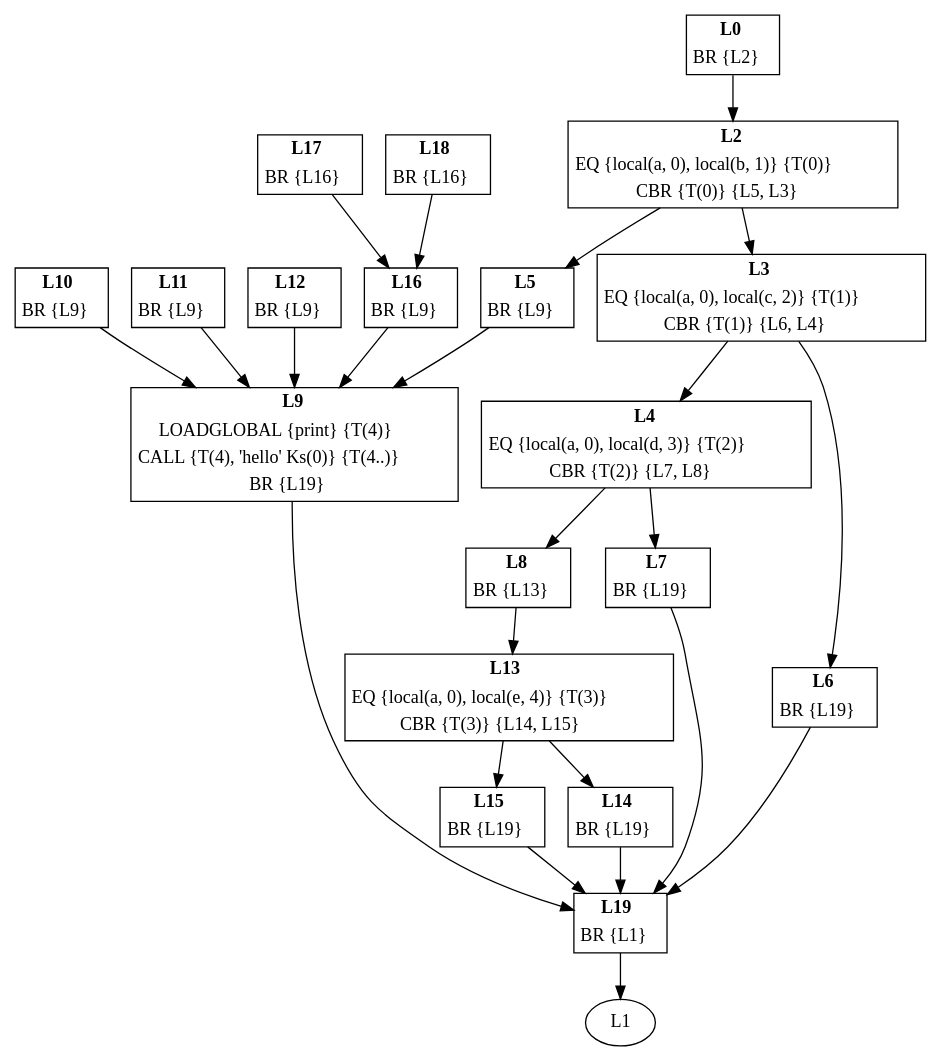
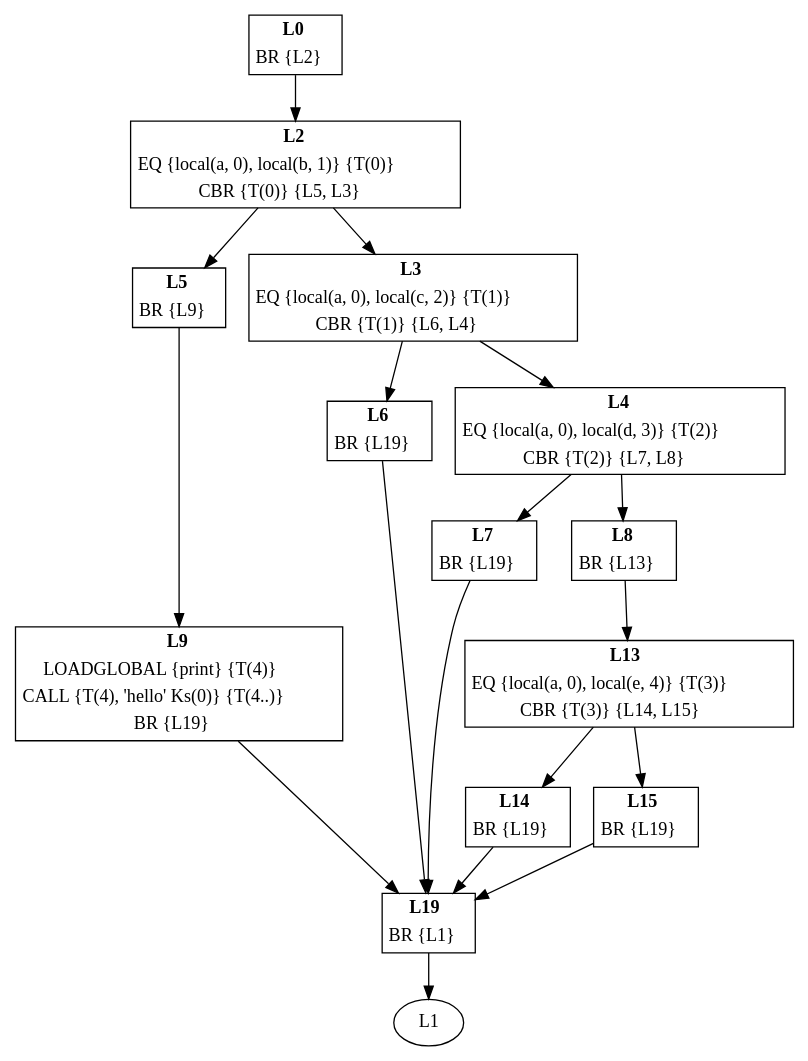
The diagram in docs/cfg/if4-goto.gv (dibyendumajumdar/ravi-compiler), drawn with Graphviz before and after one commit. The commit also changed 11 other files, not shown here.

```diff
--- a/docs/cfg/if4-goto.gv
+++ b/docs/cfg/if4-goto.gv
@@ -1,107 +1,77 @@
 digraph Proc1 {
 L0 [shape=none, margin=0, label=<<TABLE BORDER="1" CELLBORDER="0">
 <TR><TD><B>L0</B></TD></TR>
 <TR><TD>BR {L2}</TD></TR>
 </TABLE>>];
 L0 -> L2
 L2 [shape=none, margin=0, label=<<TABLE BORDER="1" CELLBORDER="0">
 <TR><TD><B>L2</B></TD></TR>
 <TR><TD>EQ {local(a, 0), local(b, 1)} {T(0)}</TD></TR>
 <TR><TD>CBR {T(0)} {L5, L3}</TD></TR>
 </TABLE>>];
 L2 -> L5
 L2 -> L3
 L3 [shape=none, margin=0, label=<<TABLE BORDER="1" CELLBORDER="0">
 <TR><TD><B>L3</B></TD></TR>
 <TR><TD>EQ {local(a, 0), local(c, 2)} {T(1)}</TD></TR>
 <TR><TD>CBR {T(1)} {L6, L4}</TD></TR>
 </TABLE>>];
 L3 -> L6
 L3 -> L4
 L4 [shape=none, margin=0, label=<<TABLE BORDER="1" CELLBORDER="0">
 <TR><TD><B>L4</B></TD></TR>
 <TR><TD>EQ {local(a, 0), local(d, 3)} {T(2)}</TD></TR>
 <TR><TD>CBR {T(2)} {L7, L8}</TD></TR>
 </TABLE>>];
 L4 -> L7
 L4 -> L8
 L5 [shape=none, margin=0, label=<<TABLE BORDER="1" CELLBORDER="0">
 <TR><TD><B>L5</B></TD></TR>
 <TR><TD>BR {L9}</TD></TR>
 </TABLE>>];
 L5 -> L9
 L6 [shape=none, margin=0, label=<<TABLE BORDER="1" CELLBORDER="0">
 <TR><TD><B>L6</B></TD></TR>
 <TR><TD>BR {L19}</TD></TR>
 </TABLE>>];
 L6 -> L19
 L7 [shape=none, margin=0, label=<<TABLE BORDER="1" CELLBORDER="0">
 <TR><TD><B>L7</B></TD></TR>
 <TR><TD>BR {L19}</TD></TR>
 </TABLE>>];
 L7 -> L19
 L8 [shape=none, margin=0, label=<<TABLE BORDER="1" CELLBORDER="0">
 <TR><TD><B>L8</B></TD></TR>
 <TR><TD>BR {L13}</TD></TR>
 </TABLE>>];
 L8 -> L13
 L9 [shape=none, margin=0, label=<<TABLE BORDER="1" CELLBORDER="0">
 <TR><TD><B>L9</B></TD></TR>
 <TR><TD>LOADGLOBAL {print} {T(4)}</TD></TR>
 <TR><TD>CALL {T(4), 'hello' Ks(0)} {T(4..)}</TD></TR>
 <TR><TD>BR {L19}</TD></TR>
 </TABLE>>];
 L9 -> L19
-L10 [shape=none, margin=0, label=<<TABLE BORDER="1" CELLBORDER="0">
-<TR><TD><B>L10</B></TD></TR>
-<TR><TD>BR {L9}</TD></TR>
-</TABLE>>];
-L10 -> L9
-L11 [shape=none, margin=0, label=<<TABLE BORDER="1" CELLBORDER="0">
-<TR><TD><B>L11</B></TD></TR>
-<TR><TD>BR {L9}</TD></TR>
-</TABLE>>];
-L11 -> L9
-L12 [shape=none, margin=0, label=<<TABLE BORDER="1" CELLBORDER="0">
-<TR><TD><B>L12</B></TD></TR>
-<TR><TD>BR {L9}</TD></TR>
-</TABLE>>];
-L12 -> L9
 L13 [shape=none, margin=0, label=<<TABLE BORDER="1" CELLBORDER="0">
 <TR><TD><B>L13</B></TD></TR>
 <TR><TD>EQ {local(a, 0), local(e, 4)} {T(3)}</TD></TR>
 <TR><TD>CBR {T(3)} {L14, L15}</TD></TR>
 </TABLE>>];
 L13 -> L14
 L13 -> L15
 L14 [shape=none, margin=0, label=<<TABLE BORDER="1" CELLBORDER="0">
 <TR><TD><B>L14</B></TD></TR>
 <TR><TD>BR {L19}</TD></TR>
 </TABLE>>];
 L14 -> L19
 L15 [shape=none, margin=0, label=<<TABLE BORDER="1" CELLBORDER="0">
 <TR><TD><B>L15</B></TD></TR>
 <TR><TD>BR {L19}</TD></TR>
 </TABLE>>];
 L15 -> L19
-L16 [shape=none, margin=0, label=<<TABLE BORDER="1" CELLBORDER="0">
-<TR><TD><B>L16</B></TD></TR>
-<TR><TD>BR {L9}</TD></TR>
-</TABLE>>];
-L16 -> L9
-L17 [shape=none, margin=0, label=<<TABLE BORDER="1" CELLBORDER="0">
-<TR><TD><B>L17</B></TD></TR>
-<TR><TD>BR {L16}</TD></TR>
-</TABLE>>];
-L17 -> L16
-L18 [shape=none, margin=0, label=<<TABLE BORDER="1" CELLBORDER="0">
-<TR><TD><B>L18</B></TD></TR>
-<TR><TD>BR {L16}</TD></TR>
-</TABLE>>];
-L18 -> L16
 L19 [shape=none, margin=0, label=<<TABLE BORDER="1" CELLBORDER="0">
 <TR><TD><B>L19</B></TD></TR>
 <TR><TD>BR {L1}</TD></TR>
 </TABLE>>];
 L19 -> L1
 }
```
